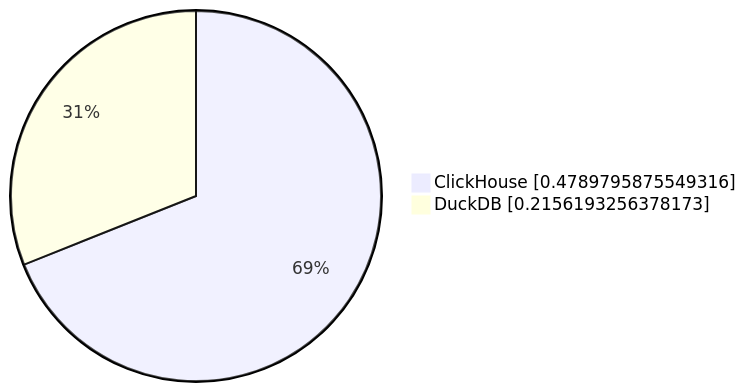
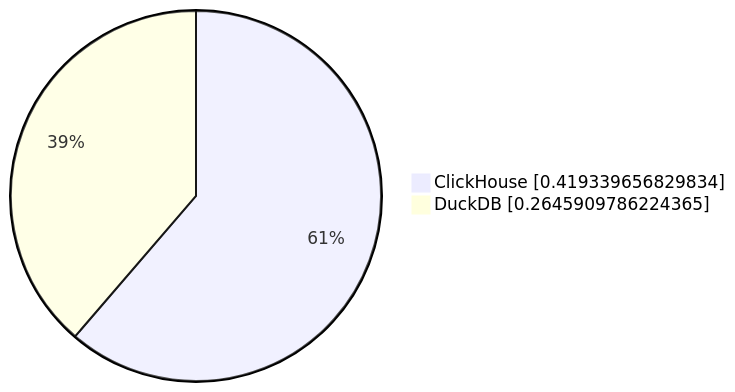
Before and after one commit to Altinity/clickhouse-regression: the fourth of 19 diagrams in parquet/performance/results/hits/23.11.1.2711-alpine/README.md, drawn with Mermaid. The commit also changed other lines of this file and 8 other files, not shown here.

````diff
--- a/parquet/performance/results/hits/23.11.1.2711-alpine/README.md
+++ b/parquet/performance/results/hits/23.11.1.2711-alpine/README.md
@@ -40,5 +40,5 @@
 ```mermaid
      pie showData
-         "ClickHouse" : 0.4789795875549316
-         "DuckDB" : 0.2156193256378173
+         "ClickHouse" : 0.419339656829834
+         "DuckDB" : 0.2645909786224365
 ```
````
